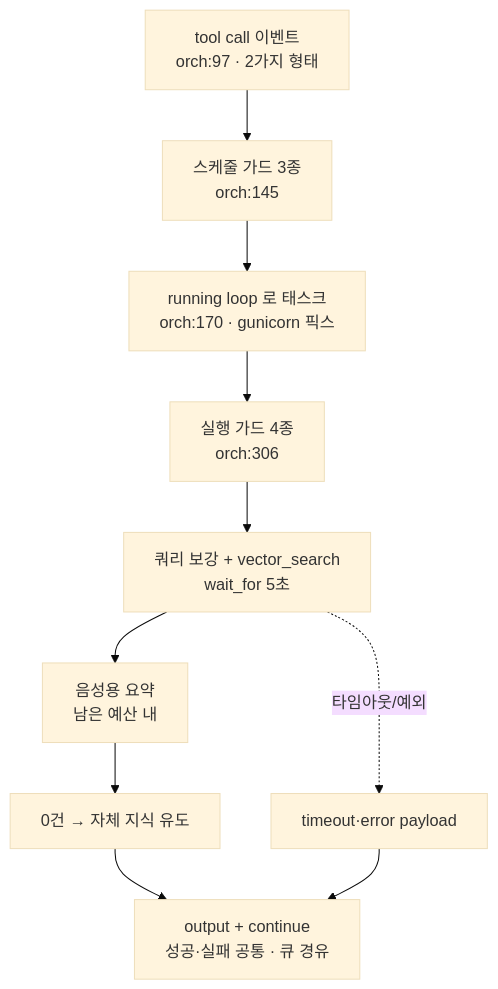
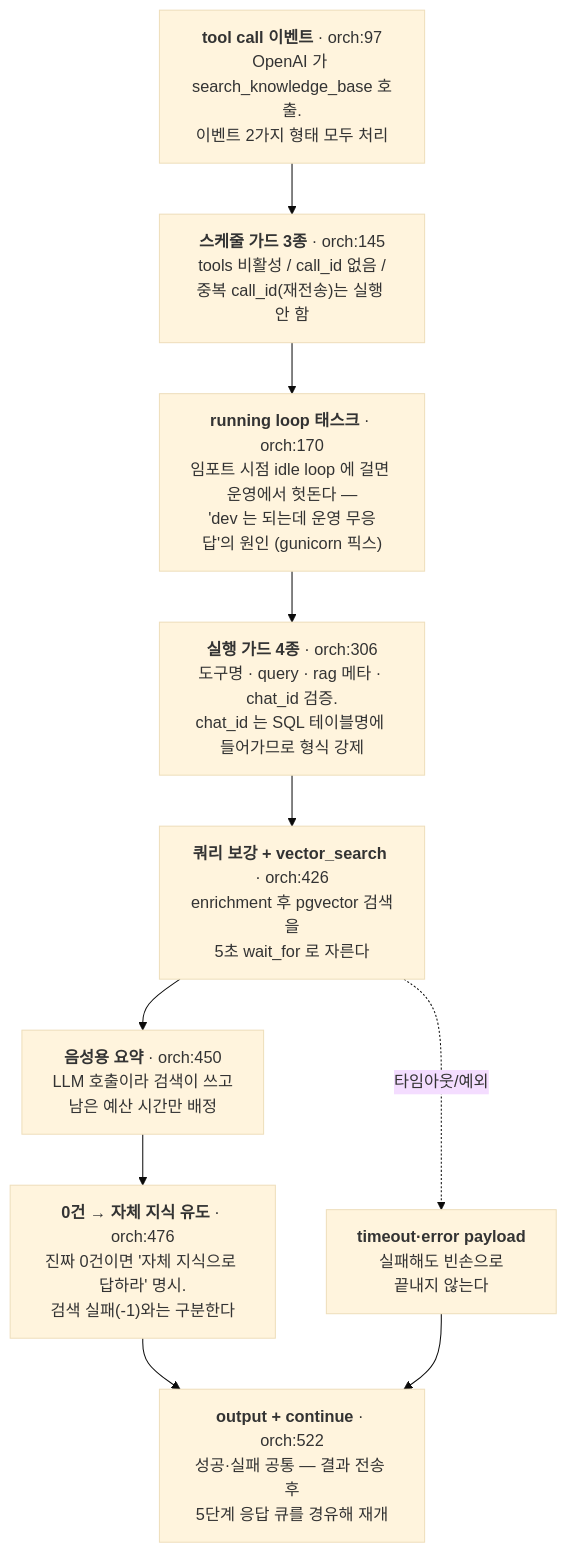
Before and after one commit to yeotaeho/asadal_obsidian: the sixth of 7 diagrams in 아사달/프로젝트/AI음성/AI음성 - 런타임 플로우.md, drawn with Mermaid (base theme). The commit also changed other lines of this file and 21 other files, not shown here.

````diff
--- a/아사달/프로젝트/AI음성/AI음성 - 런타임 플로우.md
+++ b/아사달/프로젝트/AI음성/AI음성 - 런타임 플로우.md
@@ -174,12 +321,12 @@
 ```mermaid
 flowchart TD
-    D1["tool call 이벤트<br/>orch:97 · 2가지 형태"] --> D2["스케줄 가드 3종<br/>orch:145"]
-    D2 --> D3["running loop 로 태스크<br/>orch:170 · gunicorn 픽스"]
-    D3 --> D4["실행 가드 4종<br/>orch:306"]
-    D4 --> D5["쿼리 보강 + vector_search<br/>wait_for 5초"]
-    D5 -.->|"타임아웃/예외"| W1["timeout·error payload"]
-    D5 --> D6["음성용 요약<br/>남은 예산 내"]
-    D6 --> D7["0건 → 자체 지식 유도"]
-    D7 --> D8["output + continue<br/>성공·실패 공통 · 큐 경유"]
+    D1["<b>tool call 이벤트</b> · orch:97<br/>OpenAI 가 search_knowledge_base 호출.<br/>이벤트 2가지 형태 모두 처리"] --> D2["<b>스케줄 가드 3종</b> · orch:145<br/>tools 비활성 / call_id 없음 /<br/>중복 call_id(재전송)는 실행 안 함"]
+    D2 --> D3["<b>running loop 태스크</b> · orch:170<br/>임포트 시점 idle loop 에 걸면 운영에서 헛돈다 —<br/>'dev 는 되는데 운영 무응답'의 원인 (gunicorn 픽스)"]
+    D3 --> D4["<b>실행 가드 4종</b> · orch:306<br/>도구명 · query · rag 메타 · chat_id 검증.<br/>chat_id 는 SQL 테이블명에 들어가므로 형식 강제"]
+    D4 --> D5["<b>쿼리 보강 + vector_search</b> · orch:426<br/>enrichment 후 pgvector 검색을<br/>5초 wait_for 로 자른다"]
+    D5 -.->|"타임아웃/예외"| W1["<b>timeout·error payload</b><br/>실패해도 빈손으로<br/>끝내지 않는다"]
+    D5 --> D6["<b>음성용 요약</b> · orch:450<br/>LLM 호출이라 검색이 쓰고<br/>남은 예산 시간만 배정"]
+    D6 --> D7["<b>0건 → 자체 지식 유도</b> · orch:476<br/>진짜 0건이면 '자체 지식으로 답하라' 명시.<br/>검색 실패(-1)와는 구분한다"]
+    D7 --> D8["<b>output + continue</b> · orch:522<br/>성공·실패 공통 — 결과 전송 후<br/>5단계 응답 큐를 경유해 재개"]
     W1 --> D8
 ```
````
